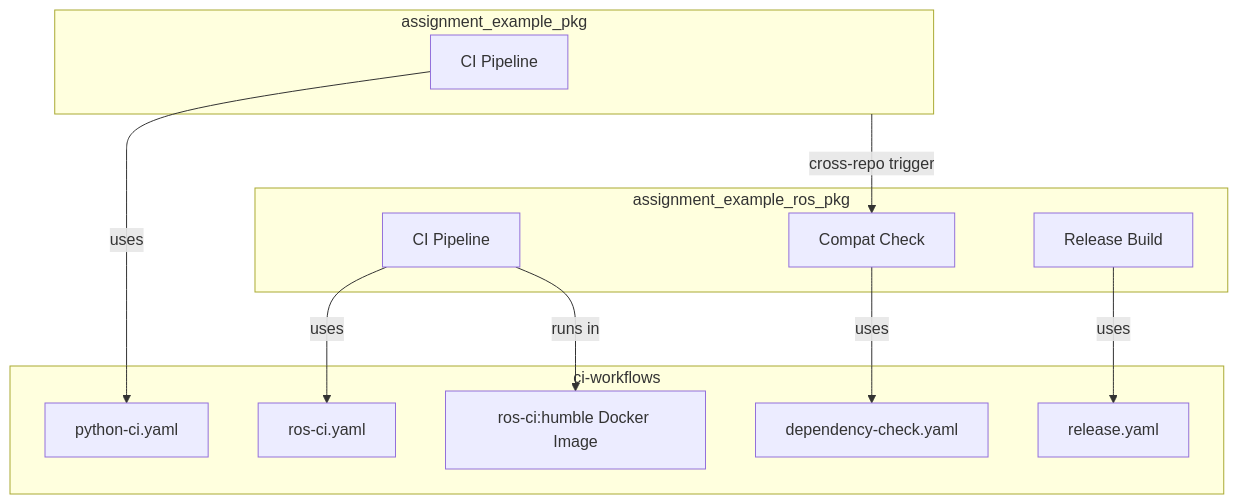
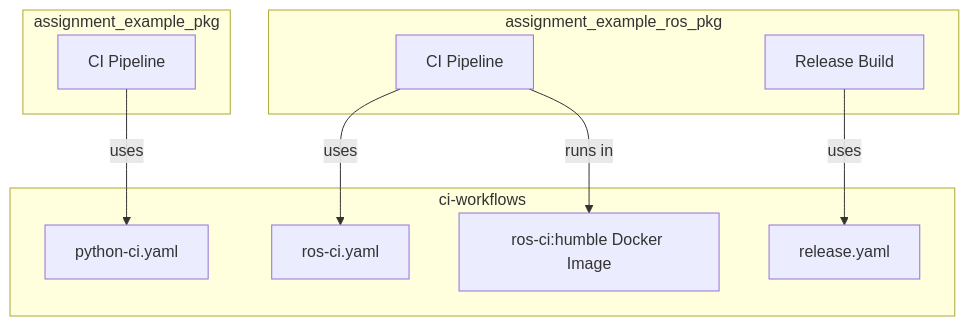
The diagram in README.md (calebjakemossey/ci-workflows), drawn with Mermaid before and after one commit. The commit also changed other lines of this file and 1 other file, not shown here.

Commit message:
refactor: remove dependency-check reusable workflow
No longer needed. Cross-repo compatibility is handled by
version bump PRs: updating workspace.repos triggers normal
CI which verifies compatibility. The downstream repo owns
its dependency relationships.

Closes #9

````diff
--- a/README.md
+++ b/README.md
@@ -9,23 +9,19 @@
 ```mermaid
 graph TB
     subgraph ci-workflows
         IMG[ros-ci:humble Docker Image]
         PY[python-ci.yaml]
         ROS[ros-ci.yaml]
-        DEP[dependency-check.yaml]
         REL[release.yaml]
     end
 
     subgraph assignment_example_pkg
         PY_CI[CI Pipeline] -->|uses| PY
     end
 
     subgraph assignment_example_ros_pkg
         ROS_CI[CI Pipeline] -->|uses| ROS
         ROS_CI -->|runs in| IMG
-        COMPAT[Compat Check] -->|uses| DEP
         RELEASE[Release Build] -->|uses| REL
     end
-
-    assignment_example_pkg -->|cross-repo trigger| COMPAT
 ```
````
